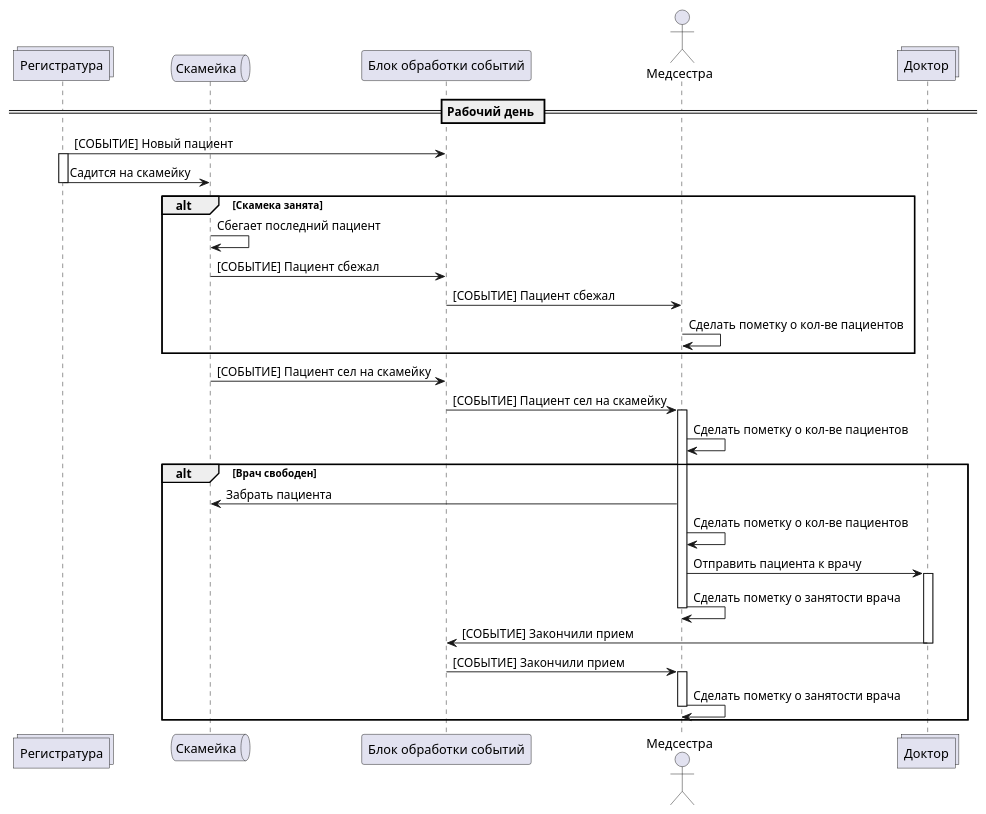
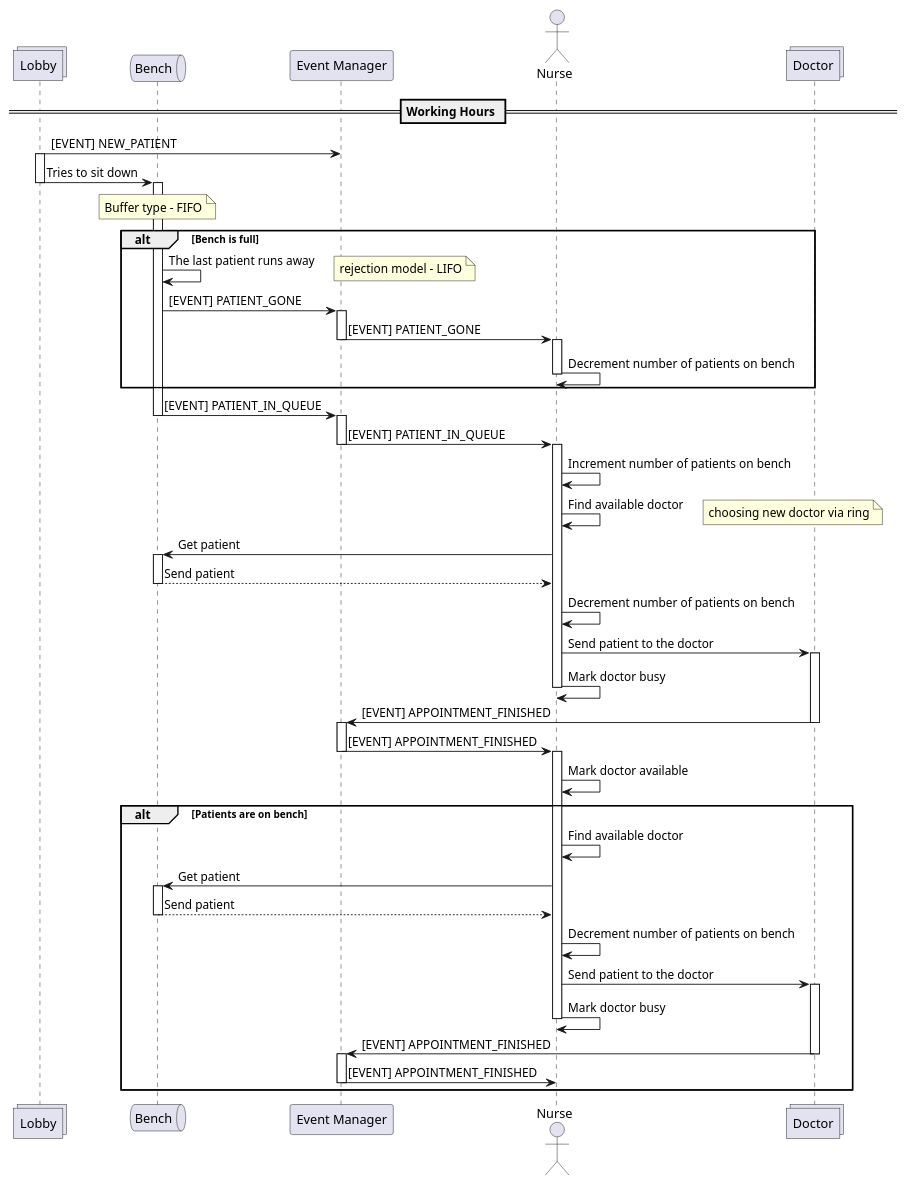
One commit to Coding-Seal/arch-model changed the diagram in arch/sequence.puml. Above: the diagram before and after it, drawn with PlantUML. The commit also changed 4 other files, not shown here.

```diff
--- a/arch/sequence.puml
+++ b/arch/sequence.puml
@@ -1,46 +1,85 @@
 @startuml Sequence
 
+collections "Lobby" as lobby
+queue "Bench" as bench
+participant  "Event Manager" as eventManager
+actor "Nurse" as nurse
+collections "Doctor" as doctor
 
-== Рабочий день ==
-collections "Регистратура" as lobby
-queue "Скамейка" as bench
-participant  "Блок обработки событий" as eventManager
-actor "Медсестра" as nurse
-collections "Доктор" as doctor 
 
-lobby -> eventManager : [СОБЫТИЕ] Новый пациент
+== Working Hours ==
+
+lobby -> eventManager : [EVENT] NEW_PATIENT
 activate lobby
-lobby -> bench : Садится на скамейку
+lobby -> bench : Tries to sit down
 deactivate lobby
-alt Скамека занята
-    bench -> bench : Сбегает последний пациент
-    bench -> eventManager : [СОБЫТИЕ] Пациент сбежал
-    eventManager -> nurse : [СОБЫТИЕ] Пациент сбежал
-    nurse -> nurse : Сделать пометку о кол-ве пациентов
-end
+activate bench
+note over bench : Buffer type - FIFO
 
-bench -> eventManager : [СОБЫТИЕ] Пациент сел на скамейку
-eventManager -> nurse : [СОБЫТИЕ] Пациент сел на скамейку
-activate nurse
-nurse -> nurse : Сделать пометку о кол-ве пациентов
-alt Врач свободен
-    nurse -> bench : Забрать пациента
-    nurse -> nurse : Сделать пометку о кол-ве пациентов
-    nurse -> doctor : Отправить пациента к врачу
-    activate doctor
-    nurse -> nurse : Сделать пометку о занятости врача
-    deactivate nurse
-    doctor -> eventManager : [СОБЫТИЕ] Закончили прием
-    deactivate doctor
-
-    eventManager -> nurse : [СОБЫТИЕ] Закончили прием
+alt Bench is full
+    bench -> bench : The last patient runs away
+    note right : rejection model - LIFO
+    bench -> eventManager : [EVENT] PATIENT_GONE
+    activate eventManager
+    eventManager -> nurse : [EVENT] PATIENT_GONE
+    deactivate eventManager
     activate nurse
-    nurse -> nurse : Сделать пометку о занятости врача
+    nurse -> nurse : Decrement number of patients on bench
     deactivate nurse
 end
 
+bench -> eventManager : [EVENT] PATIENT_IN_QUEUE
+deactivate bench
 
+activate eventManager
+eventManager -> nurse : [EVENT] PATIENT_IN_QUEUE
+deactivate eventManager
 
-    
+activate nurse
+nurse -> nurse : Increment number of patients on bench
+nurse -> nurse : Find available doctor
+note right: choosing new doctor via ring
 
+nurse -> bench : Get patient
+activate bench
+bench --> nurse : Send patient
+deactivate bench
+nurse -> nurse : Decrement number of patients on bench
+
+nurse -> doctor : Send patient to the doctor
+activate doctor
+nurse -> nurse : Mark doctor busy
+deactivate nurse
+
+doctor -> eventManager : [EVENT] APPOINTMENT_FINISHED
+deactivate doctor
+
+activate eventManager
+eventManager-> nurse : [EVENT] APPOINTMENT_FINISHED
+deactivate eventManager
+
+activate nurse
+nurse -> nurse : Mark doctor available
+
+alt Patients are on bench
+    nurse -> nurse : Find available doctor
+
+    nurse -> bench : Get patient
+    activate bench
+    bench --> nurse : Send patient
+    deactivate bench
+    nurse -> nurse : Decrement number of patients on bench
+
+    nurse -> doctor : Send patient to the doctor
+    activate doctor
+    nurse -> nurse : Mark doctor busy
+    deactivate nurse
+
+    doctor -> eventManager : [EVENT] APPOINTMENT_FINISHED
+    deactivate doctor
+    activate eventManager
+    eventManager-> nurse : [EVENT] APPOINTMENT_FINISHED
+    deactivate eventManager
+end
+deactivate nurse
 @enduml
```
